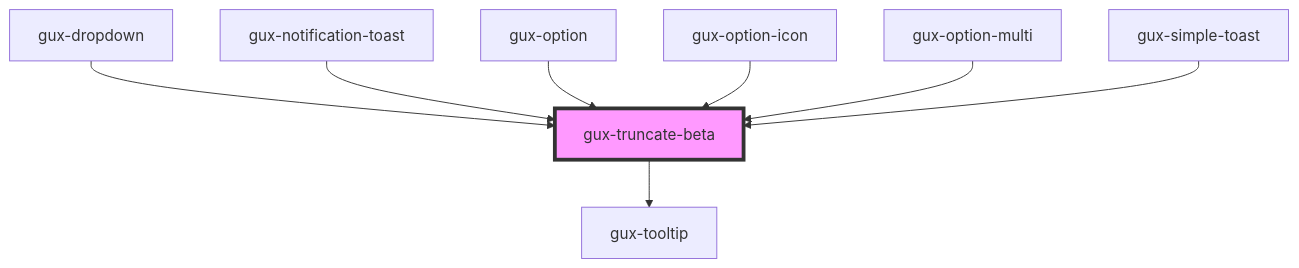
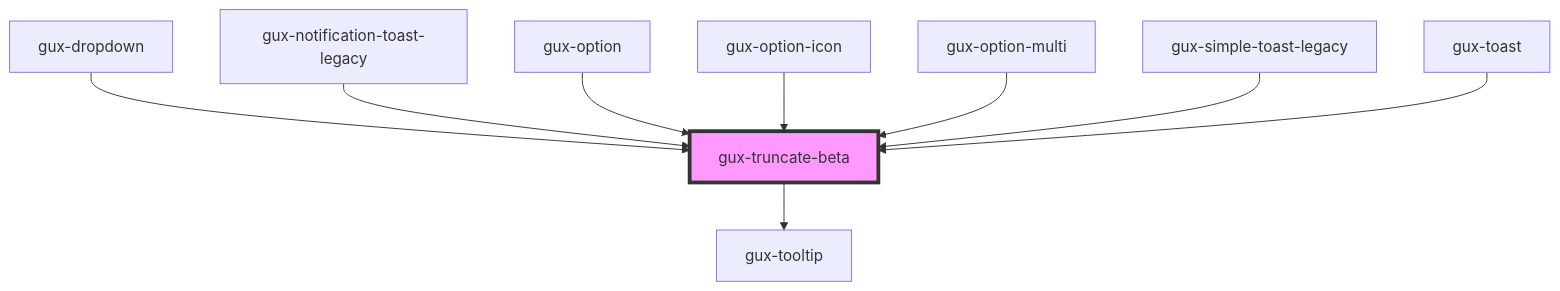
Before and after one commit to MyPureCloud/genesys-spark: the diagram in packages/genesys-spark-components/src/components/beta/gux-truncate/readme.md, drawn with Mermaid. The commit also changed other lines of this file and 38 other files, not shown here.

Commit message:
feat(toast): creating gux-toast and moving old toast components to legacy

````diff
--- a/packages/genesys-spark-components/src/components/beta/gux-truncate/readme.md
+++ b/packages/genesys-spark-components/src/components/beta/gux-truncate/readme.md
@@ -61,11 +62,12 @@
 ```mermaid
 graph TD;
   gux-truncate-beta --> gux-tooltip
   gux-dropdown --> gux-truncate-beta
-  gux-notification-toast --> gux-truncate-beta
+  gux-notification-toast-legacy --> gux-truncate-beta
   gux-option --> gux-truncate-beta
   gux-option-icon --> gux-truncate-beta
   gux-option-multi --> gux-truncate-beta
-  gux-simple-toast --> gux-truncate-beta
+  gux-simple-toast-legacy --> gux-truncate-beta
+  gux-toast --> gux-truncate-beta
   style gux-truncate-beta fill:#f9f,stroke:#333,stroke-width:4px
 ```
````
